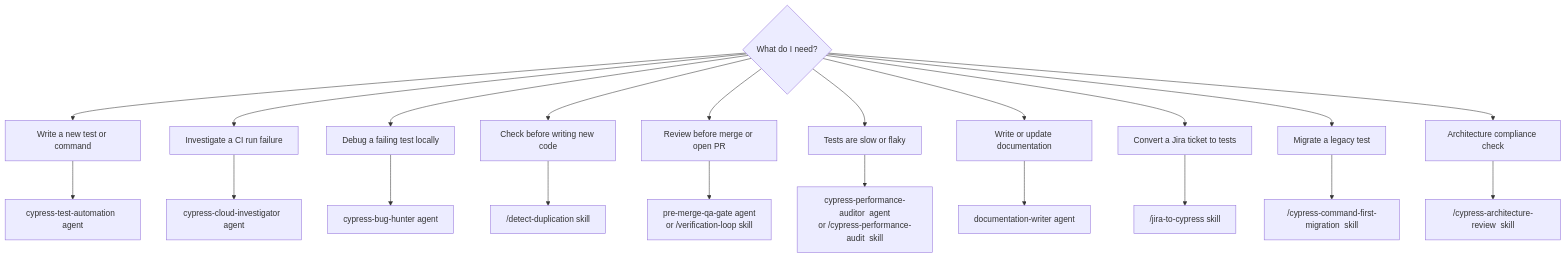
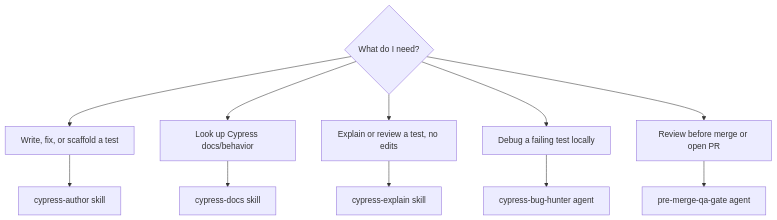
Before and after one commit to lfyagya/cypress-automation-boilerplate: the third of 3 diagrams in README.md, drawn with Mermaid. The commit also changed other lines of this file and 102 other files, not shown here.

````diff
--- a/README.md
+++ b/README.md
@@ -197,26 +197,16 @@
 ```mermaid
 flowchart TD
     Q{"What do I need?"}
 
-    Q --> T1["Write a new test or command"]
-    Q --> T2["Investigate a CI run failure"]
-    Q --> T3["Debug a failing test locally"]
-    Q --> T4["Check before writing new code"]
+    Q --> T1["Write, fix, or scaffold a test"]
+    Q --> T2["Look up Cypress docs/behavior"]
+    Q --> T3["Explain or review a test, no edits"]
+    Q --> T4["Debug a failing test locally"]
     Q --> T5["Review before merge or open PR"]
-    Q --> T6["Tests are slow or flaky"]
-    Q --> T7["Write or update documentation"]
-    Q --> T8["Convert a Jira ticket to tests"]
-    Q --> T9["Migrate a legacy test"]
-    Q --> T10["Architecture compliance check"]
 
-    T1 --> A1["cypress-test-automation  agent"]
-    T2 --> A2["cypress-cloud-investigator  agent"]
-    T3 --> A3["cypress-bug-hunter  agent"]
-    T4 --> A4["/detect-duplication  skill"]
-    T5 --> A5["pre-merge-qa-gate  agent\nor /verification-loop  skill"]
-    T6 --> A6["cypress-performance-auditor  agent\nor /cypress-performance-audit  skill"]
-    T7 --> A7["documentation-writer  agent"]
-    T8 --> A8["/jira-to-cypress  skill"]
-    T9 --> A9["/cypress-command-first-migration  skill"]
-    T10 --> A10["/cypress-architecture-review  skill"]
+    T1 --> A1["cypress-author  skill"]
+    T2 --> A2["cypress-docs  skill"]
+    T3 --> A3["cypress-explain  skill"]
+    T4 --> A4["cypress-bug-hunter  agent"]
+    T5 --> A5["pre-merge-qa-gate  agent"]
 ```
````
